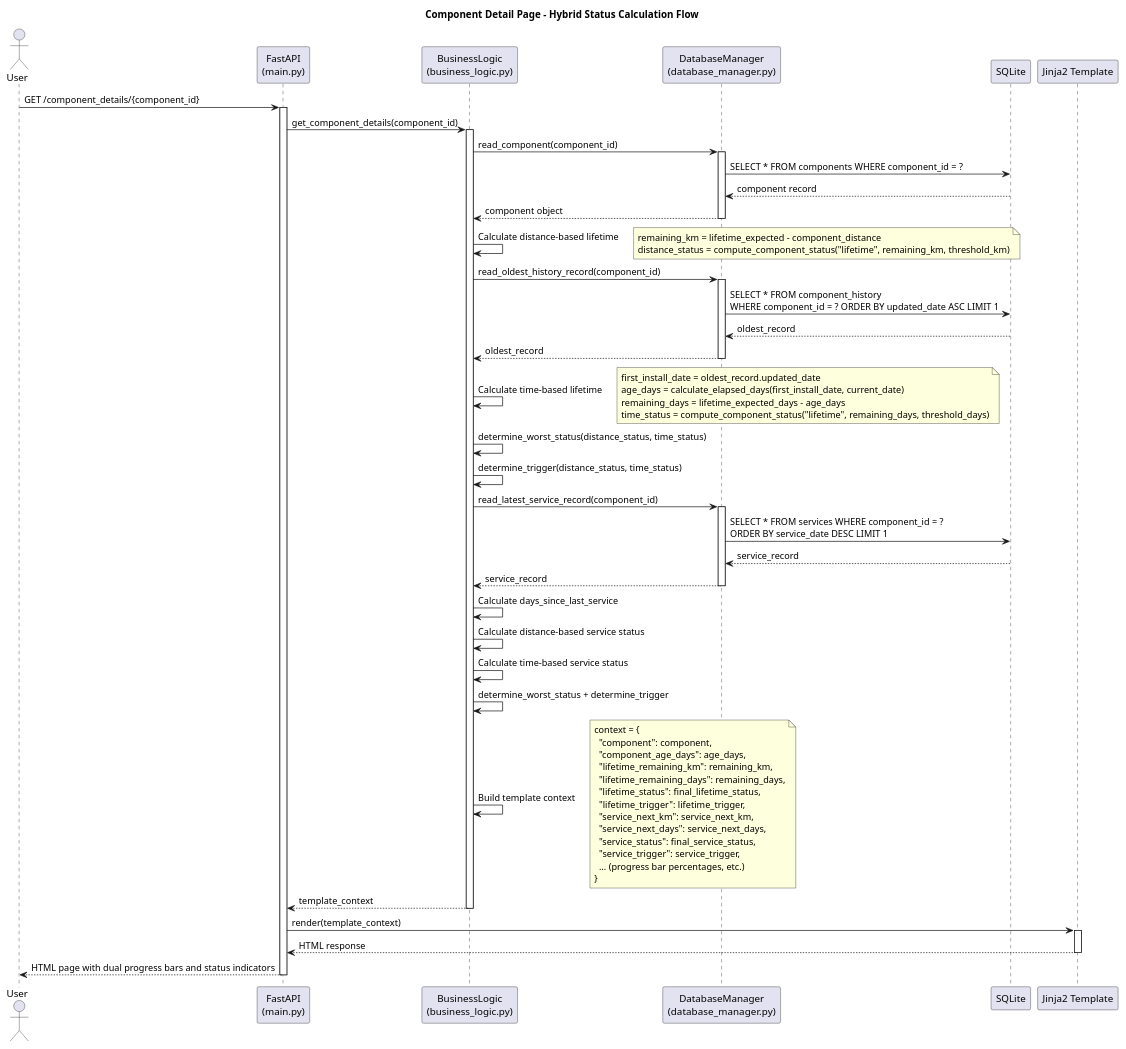
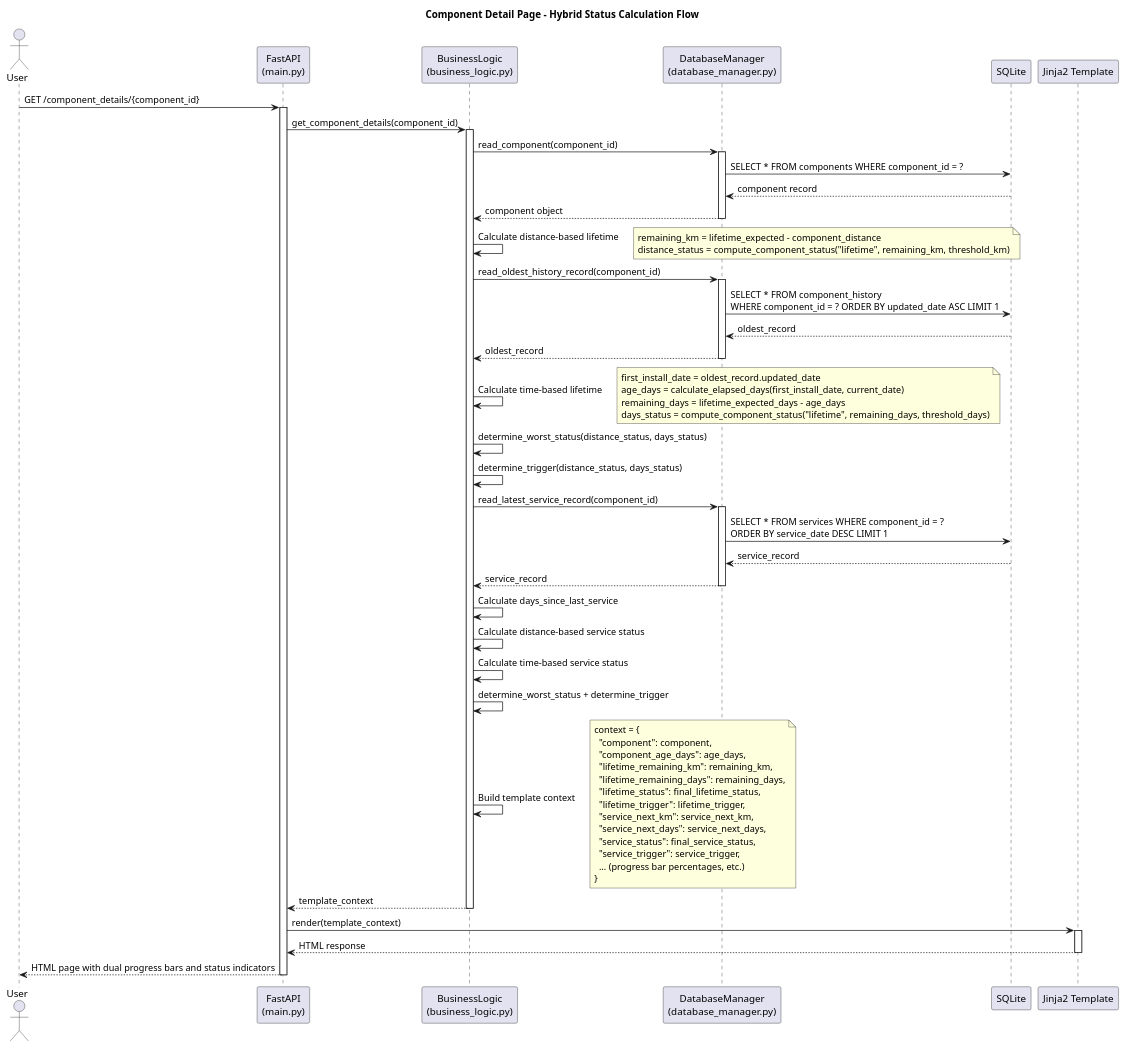
The first of 2 diagrams in .handovers/architecture/component-status-refinement-architect-handover.md (xivind/velo-supervisor-2000), drawn with PlantUML before and after one commit. The commit also changed other lines of this file, not shown here.

First line of the commit message:
Refine architecture handover with naming consistency and design decisions

```diff
--- a/.handovers/architecture/component-status-refinement-architect-handover.md
+++ b/.handovers/architecture/component-status-refinement-architect-handover.md
@@ -959,12 +983,12 @@
   first_install_date = oldest_record.updated_date
   age_days = calculate_elapsed_days(first_install_date, current_date)
   remaining_days = lifetime_expected_days - age_days
-  time_status = compute_component_status("lifetime", remaining_days, threshold_days)
+  days_status = compute_component_status("lifetime", remaining_days, threshold_days)
 end note
 
 ' Worst-case determination
-BL -> BL: determine_worst_status(distance_status, time_status)
-BL -> BL: determine_trigger(distance_status, time_status)
+BL -> BL: determine_worst_status(distance_status, days_status)
+BL -> BL: determine_trigger(distance_status, days_status)
 
 ' Similar flow for service status
 BL -> DB: read_latest_service_record(component_id)
```
